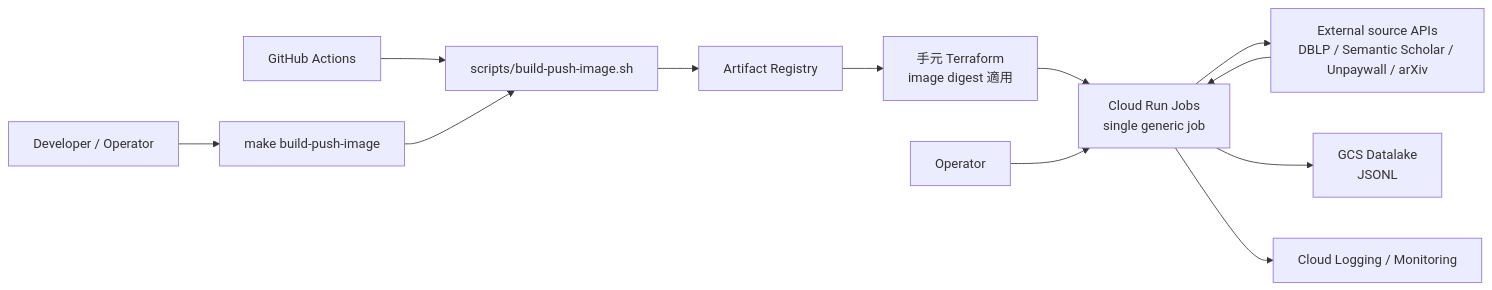
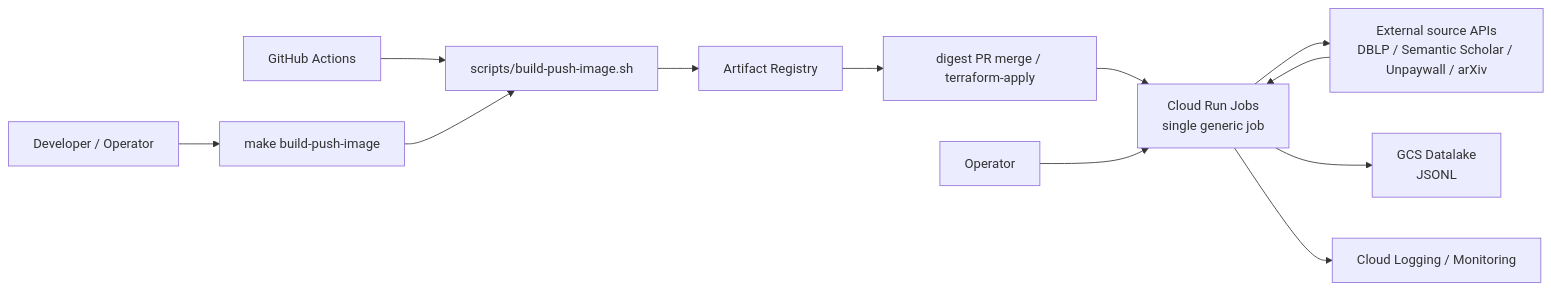
The second of 2 diagrams in workflows/crawler/README.md (haru-256/devgist), drawn with Mermaid before and after one commit. The commit also changed other lines of this file and 3 other files, not shown here.

````diff
--- a/workflows/crawler/README.md
+++ b/workflows/crawler/README.md
@@ -78,14 +80,14 @@
 ```mermaid
 graph LR
     GHA[GitHub Actions] --> Script[scripts/build-push-image.sh]
     Dev[Developer / Operator] --> Make[make build-push-image]
     Make --> Script
     Script --> AR[Artifact Registry]
-    AR --> TF[手元 Terraform<br/>image digest 適用]
-    TF --> CRJ[Cloud Run Jobs<br/>single generic job]
+    AR --> DigestPR[digest PR merge / terraform-apply]
+    DigestPR --> CRJ[Cloud Run Jobs<br/>single generic job]
     Operator[Operator] --> CRJ
     CRJ --> APIs[External source APIs<br/>DBLP / Semantic Scholar / Unpaywall / arXiv]
     APIs --> CRJ
     CRJ --> GCS[GCS Datalake<br/>JSONL]
     CRJ --> Logs[Cloud Logging / Monitoring]
 ```
````
